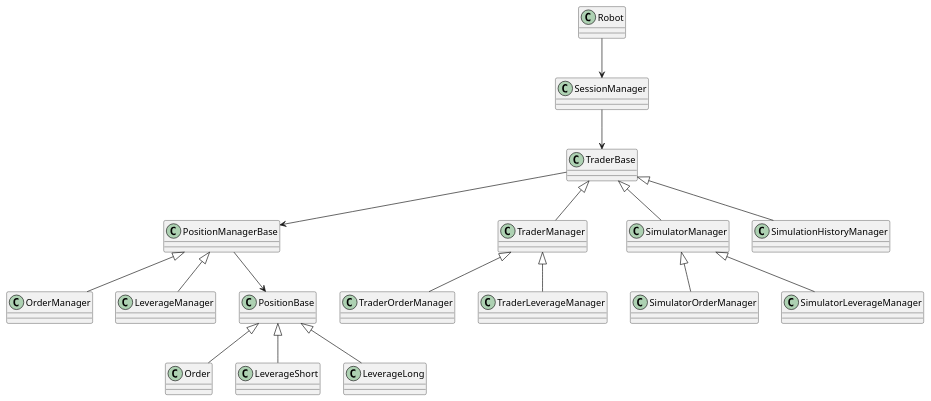
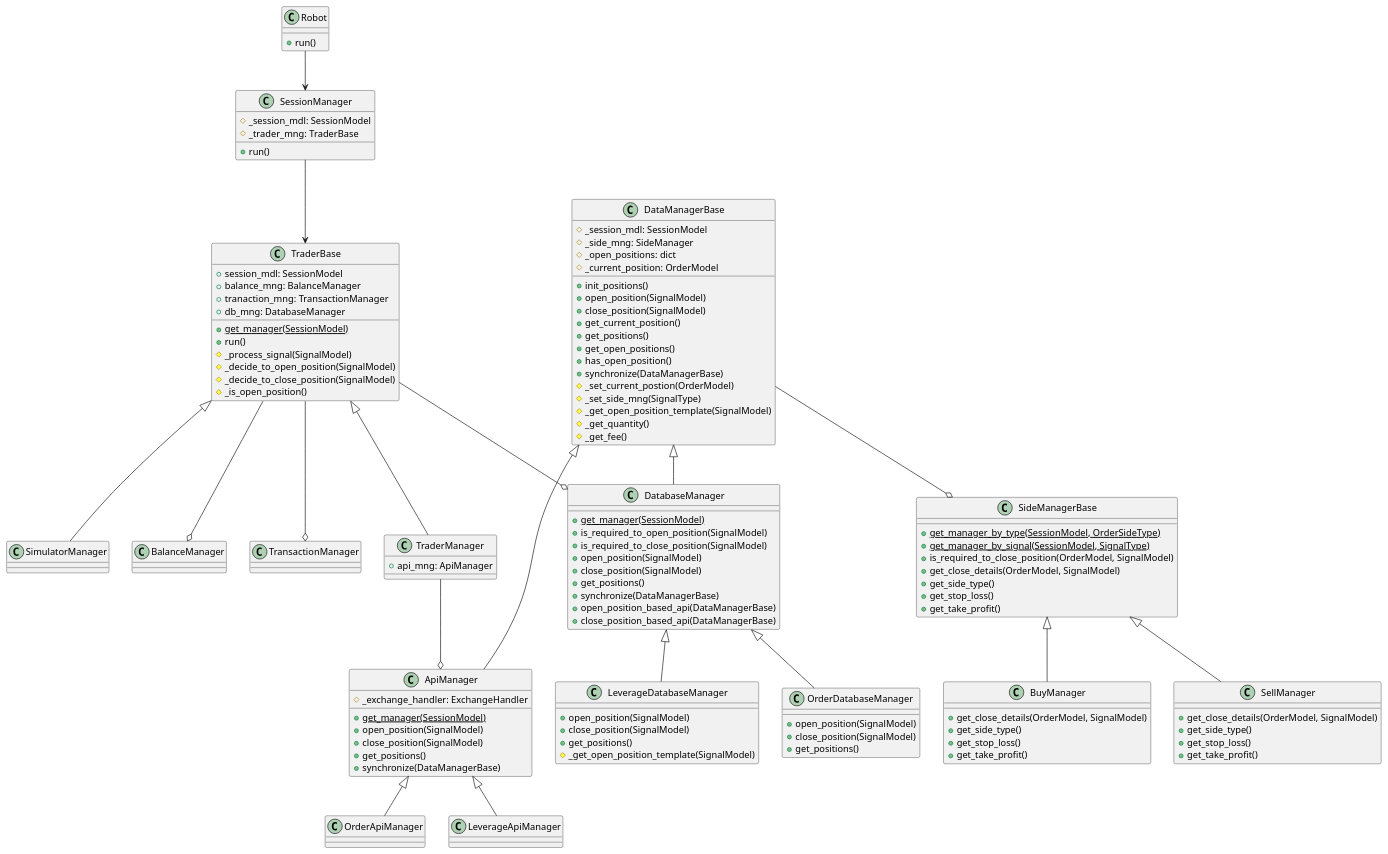
One commit to aliaksei-dunets-public/trading-tool-api changed the diagram in design/uml_class_v2.plantuml. Above: the diagram before and after it, drawn with PlantUML. The commit also changed 4 other files, not shown here.

```diff
--- a/design/uml_class_v2.plantuml
+++ b/design/uml_class_v2.plantuml
@@ -1,59 +1,145 @@
 @startuml Class
 
 ' 1. During creation of the session check/schedule a job based on interval
 ' 2. The application job read active ssesions and procced the next steps for every session:
 ' 2.1. Read orders from the database
 ' 2.2. Read orders from exchange API
 ' 2.3. Get signals based on session config
 ' 2.4. Make a desicion regarding existing position/create a new position
 ' 2.4.1. Call API for open/close a position
 ' 2.4.2. Call DB
 ' 2.4.2.1. Add transaction
 ' 2.4.2.2. Update/Create the position
 ' 2.4.2.3. Update Balance
 
 ' The main class for trading - the first endpoint
 class Robot {
-
+    +run()
 }
 
 class SessionManager {
+    #_session_mdl: SessionModel
+    #_trader_mng: TraderBase
 
+    +run()
 }
 
-class TraderBase
+class TransactionManager
 
-class PositionManagerBase
+class BalanceManager
 
-class OrderManager extends PositionManagerBase
-class LeverageManager extends PositionManagerBase
+class TraderBase {
+    +session_mdl: SessionModel
+    +balance_mng: BalanceManager
+    +tranaction_mng: TransactionManager
+    +db_mng: DatabaseManager
 
-class PositionBase
+    +{static} get_manager(SessionModel)
+    +run()
+    #_process_signal(SignalModel)
+    #_decide_to_open_position(SignalModel)
+    #_decide_to_close_position(SignalModel)
+    #_is_open_position()
+}
 
-class Order extends PositionBase
-class LeverageShort extends PositionBase
-class LeverageLong extends PositionBase
+TraderBase --o BalanceManager
+TraderBase --o TransactionManager
+TraderBase --o DatabaseManager
 
-' class OrderManager extends PositionManagerBase
-' class LeverageManager extends PositionManagerBase
+class TraderManager extends TraderBase {
+    +api_mng: ApiManager
+}
 
-class TraderManager extends TraderBase
-class TraderOrderManager extends TraderManager
-class TraderLeverageManager extends TraderManager
+TraderManager --o ApiManager
 
 class SimulatorManager extends TraderBase
-class SimulatorOrderManager extends SimulatorManager
-class SimulatorLeverageManager extends SimulatorManager
 
-class SimulationHistoryManager extends TraderBase
+class DataManagerBase {
+    #_session_mdl: SessionModel
+    #_side_mng: SideManager
+    #_open_positions: dict
+    #_current_position: OrderModel
 
-' class SessionHandler
-' class HistoryDataHandler
-' class ExchangeHandler
+    +init_positions()
+    +open_position(SignalModel)
+    +close_position(SignalModel)
+    +get_current_position()
+    +get_positions()
+    +get_open_positions()
+    +has_open_position()
+    +synchronize(DataManagerBase)
+    #_set_current_postion(OrderModel)
+    #_set_side_mng(SignalType)
+    #_get_open_position_template(SignalModel)
+    #_get_quantity()
+    #_get_fee()
+}
+
+DataManagerBase --o SideManagerBase
+
+class ApiManager extends DataManagerBase {
+    #_exchange_handler: ExchangeHandler
+
+    +{static} get_manager(SessionModel)
+    +open_position(SignalModel)
+    +close_position(SignalModel)
+    +get_positions()
+    +synchronize(DataManagerBase)
+}
+
+class OrderApiManager extends ApiManager
+class LeverageApiManager extends ApiManager
+
+class DatabaseManager extends DataManagerBase {
+    +{static} get_manager(SessionModel)
+    +is_required_to_open_position(SignalModel)
+    +is_required_to_close_position(SignalModel)
+    +open_position(SignalModel)
+    +close_position(SignalModel)
+    +get_positions()
+    +synchronize(DataManagerBase)
+    +open_position_based_api(DataManagerBase)
+    +close_position_based_api(DataManagerBase)
+}
+
+class OrderDatabaseManager extends DatabaseManager {
+    +open_position(SignalModel)
+    +close_position(SignalModel)
+    +get_positions()
+}
+
+class LeverageDatabaseManager extends DatabaseManager {
+    +open_position(SignalModel)
+    +close_position(SignalModel)
+    +get_positions()
+    #_get_open_position_template(SignalModel)
+}
+
+class SideManagerBase {
+    +{static} get_manager_by_type(SessionModel, OrderSideType)
+    +{static} get_manager_by_signal(SessionModel, SignalType)
+    +is_required_to_close_position(OrderModel, SignalModel)
+    +get_close_details(OrderModel, SignalModel)
+    +get_side_type()
+    +get_stop_loss()
+    +get_take_profit()
+}
+
+class SellManager extends SideManagerBase {
+    +get_close_details(OrderModel, SignalModel)
+    +get_side_type()
+    +get_stop_loss()
+    +get_take_profit()
+}
+
+class BuyManager extends SideManagerBase {
+    +get_close_details(OrderModel, SignalModel)
+    +get_side_type()
+    +get_stop_loss()
+    +get_take_profit()
+}
 
 Robot --> SessionManager
 SessionManager --> TraderBase
-TraderBase --> PositionManagerBase
-PositionManagerBase --> PositionBase
 
 @enduml
```
